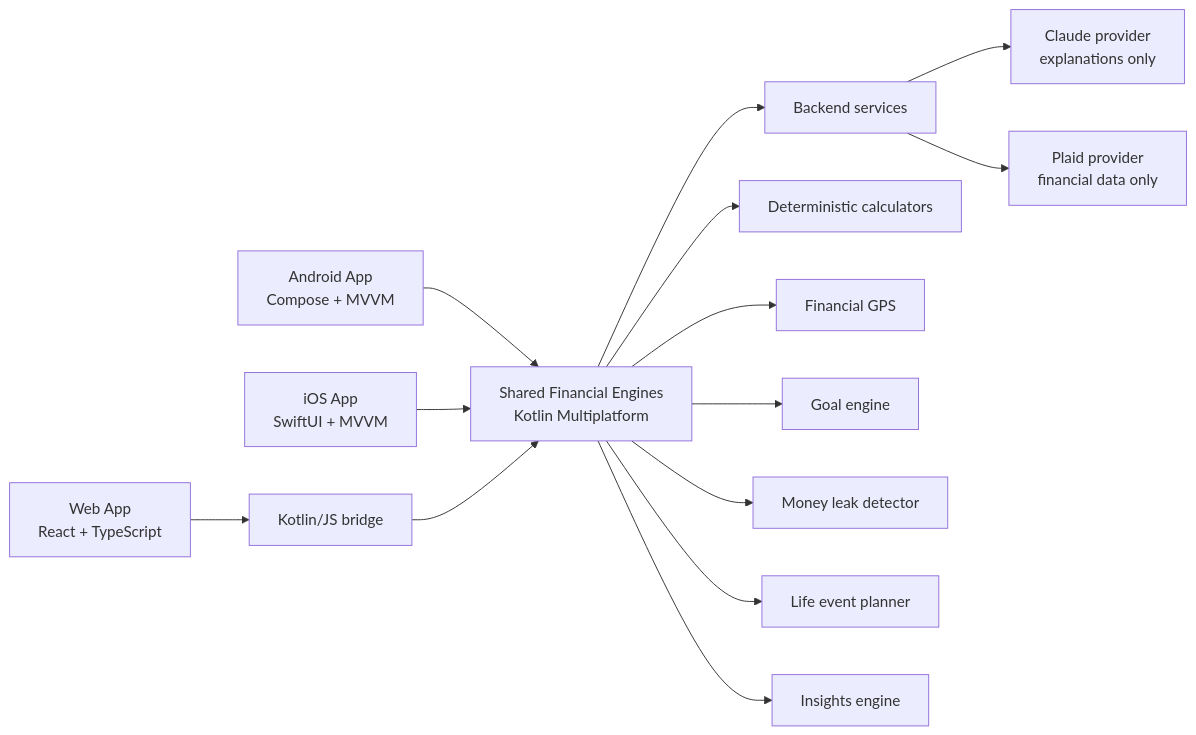
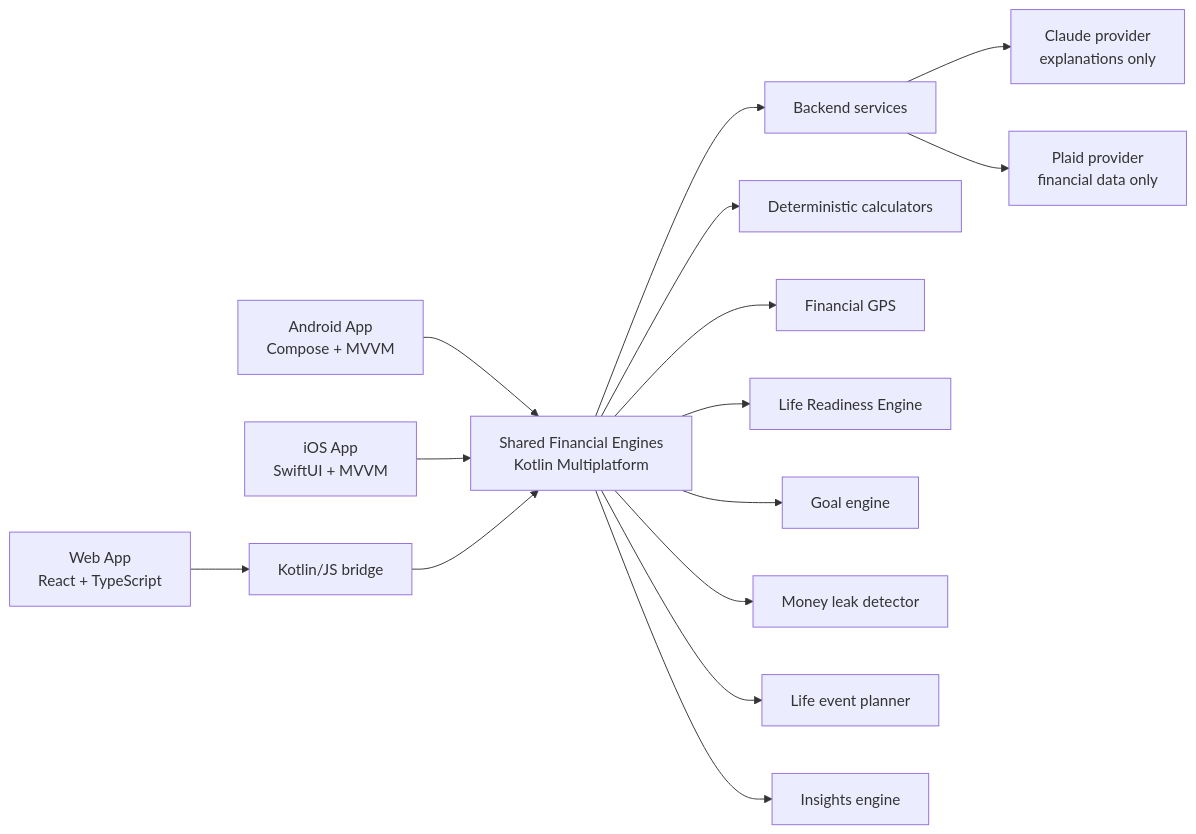
Before and after one commit to sagrawal2418/futureme-financial-ai: the diagram in README.md, drawn with Mermaid. The commit also changed other lines of this file and 32 other files, not shown here.

Commit message:
feat: add life readiness platform v3 (#2)

````diff
--- a/README.md
+++ b/README.md
@@ -47,21 +57,22 @@
 ```mermaid
 flowchart LR
     ANDROID["Android App<br/>Compose + MVVM"]
     IOS["iOS App<br/>SwiftUI + MVVM"]
     WEB["Web App<br/>React + TypeScript"]
 
     ANDROID --> CORE["Shared Financial Engines<br/>Kotlin Multiplatform"]
     IOS --> CORE
     WEB --> BRIDGE["Kotlin/JS bridge"] --> CORE
 
     CORE --> API["Backend services"]
     API --> CLAUDE["Claude provider<br/>explanations only"]
     API --> PLAID["Plaid provider<br/>financial data only"]
 
     CORE --> CALC["Deterministic calculators"]
     CORE --> GPS["Financial GPS"]
+    CORE --> READY["Life Readiness Engine"]
     CORE --> GOALS["Goal engine"]
     CORE --> LEAKS["Money leak detector"]
     CORE --> EVENTS["Life event planner"]
     CORE --> INSIGHTS["Insights engine"]
 ```
````
